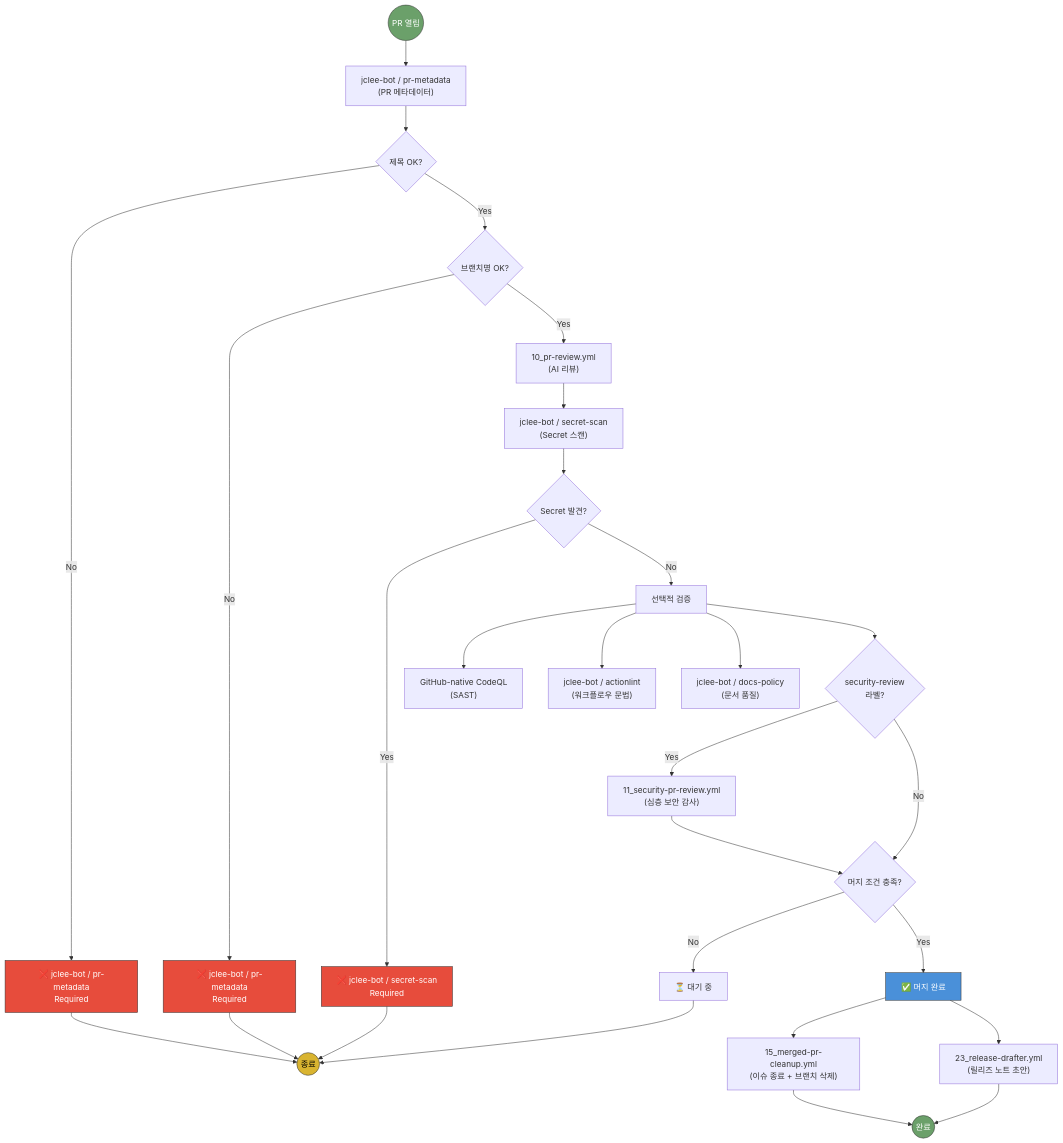
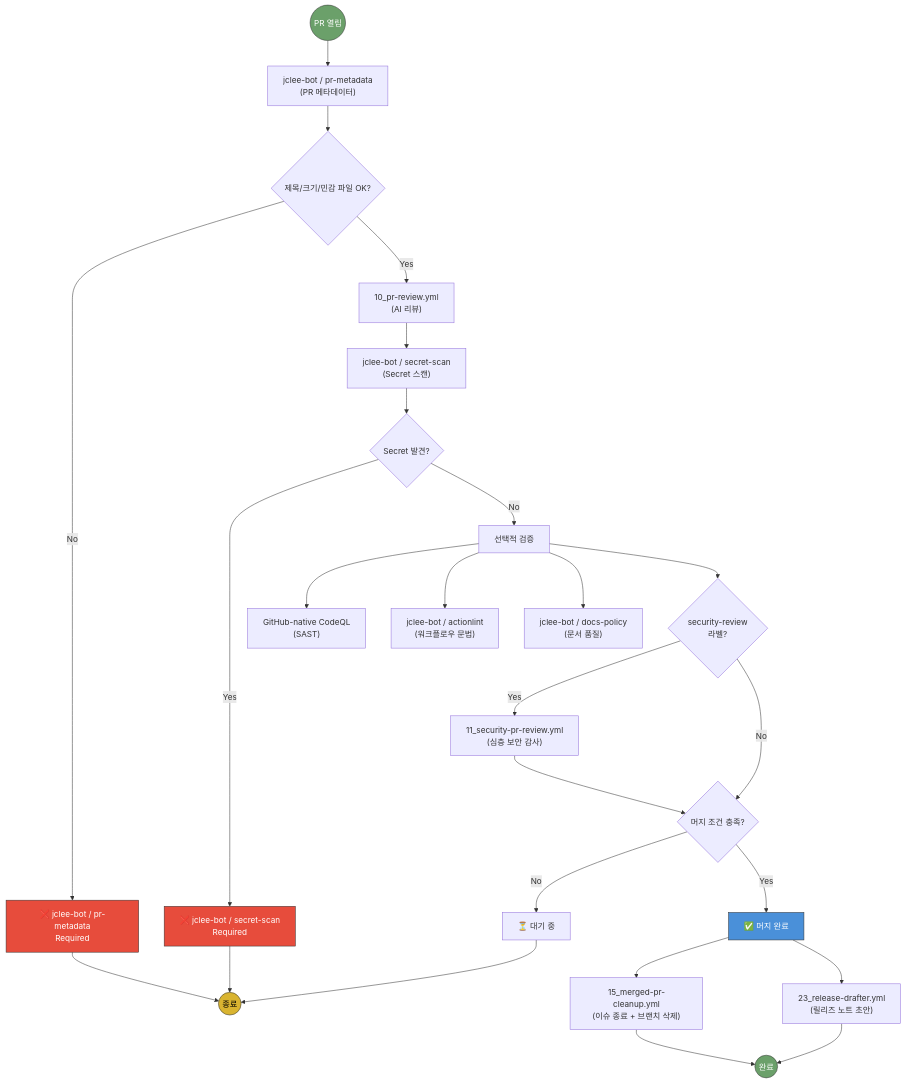
Before and after one commit to jclee941/.github: the second of 9 diagrams in docs/architecture.md, drawn with Mermaid. The commit also changed 6 other files, not shown here.

````diff
--- a/docs/architecture.md
+++ b/docs/architecture.md
@@ -60,46 +60,41 @@
 ```mermaid
 flowchart TD
     START(("PR 열림")) --> CHECKS["jclee-bot / pr-metadata<br/>(PR 메타데이터)"]
     
-    CHECKS --> TITLE{제목 OK?}
+    CHECKS --> TITLE{제목/크기/민감 파일 OK?}
     TITLE -->|No| FAIL1["❌ jclee-bot / pr-metadata<br/>Required"]
-    TITLE -->|Yes| BRANCH{브랜치명 OK?}
-    
-    BRANCH -->|No| FAIL2["❌ jclee-bot / pr-metadata<br/>Required"]
-    BRANCH -->|Yes| REVIEW["10_pr-review.yml<br/>(AI 리뷰)"]
+    TITLE -->|Yes| REVIEW["10_pr-review.yml<br/>(AI 리뷰)"]
     
     REVIEW --> GITLEAKS["jclee-bot / secret-scan<br/>(Secret 스캔)"]
     GITLEAKS --> SECRET{Secret 발견?}
     SECRET -->|Yes| FAIL3["❌ jclee-bot / secret-scan<br/>Required"]
     SECRET -->|No| OPTIONAL["선택적 검증"]
     
     OPTIONAL --> CODEQL["GitHub-native CodeQL<br/>(SAST)"]
     OPTIONAL --> ACTIONLINT["jclee-bot / actionlint<br/>(워크플로우 문법)"]
     OPTIONAL --> DOCS["jclee-bot / docs-policy<br/>(문서 품질)"]
     
     OPTIONAL --> SECURITY{"security-review<br/>라벨?"}
     SECURITY -->|Yes| DEEP["11_security-pr-review.yml<br/>(심층 보안 감사)"]
     SECURITY -->|No| MERGE_CHECK
     
     DEEP --> MERGE_CHECK{머지 조건 충족?}
     MERGE_CHECK -->|No| WAIT["⏳ 대기 중"]
     MERGE_CHECK -->|Yes| MERGED["✅ 머지 완료"]
     
     MERGED --> CLEANUP["15_merged-pr-cleanup.yml<br/>(이슈 종료 + 브랜치 삭제)"]
     MERGED --> RELEASE["23_release-drafter.yml<br/>(릴리즈 노트 초안)"]
     
     FAIL1 --> END1(("종료"))
-    FAIL2 --> END1
     FAIL3 --> END1
     WAIT --> END1
     CLEANUP --> END2(("완료"))
     RELEASE --> END2
     
     style START fill:#6ba06a,stroke:#333,color:#fff
     style END1 fill:#d9b430,stroke:#333,color:#000
     style END2 fill:#6ba06a,stroke:#333,color:#fff
     style FAIL1 fill:#e74c3c,stroke:#333,color:#fff
-    style FAIL2 fill:#e74c3c,stroke:#333,color:#fff
     style FAIL3 fill:#e74c3c,stroke:#333,color:#fff
     style MERGED fill:#4a90d9,stroke:#333,color:#fff
 ```
````
